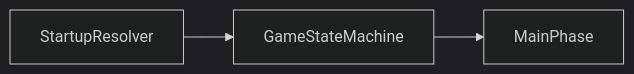
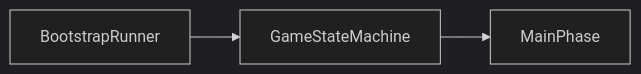
One commit to chainsawlad-Org/ChainSaw_Leg changed the fourth of 5 diagrams in Docs/Eng/ArchitectureAtlas/01_ApplicationLifecycle.md. Above: the diagram before and after it, drawn with Mermaid (dark theme). The commit also changed other lines of this file and 29 other files, not shown here.

````diff
--- a/Docs/Eng/ArchitectureAtlas/01_ApplicationLifecycle.md
+++ b/Docs/Eng/ArchitectureAtlas/01_ApplicationLifecycle.md
@@ -210,5 +213,5 @@
 ```mermaid
 flowchart LR
 
-StartupResolver --> GameStateMachine --> MainPhase
+BootstrapRunner --> GameStateMachine --> MainPhase
 ```
````
